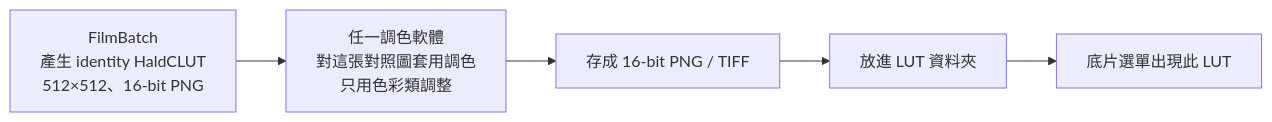
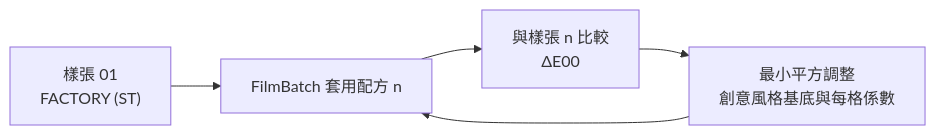
One commit to minexo79/FilmBatch changed diagram 16 of 23 in plan.md. Above: the diagram before and after it, drawn with Mermaid. The commit also changed other lines of this file and 34 other files, not shown here.

````diff
--- a/plan.md
+++ b/plan.md
@@ -1059,6 +1228,5 @@
 ```mermaid
 flowchart LR
-    A["FilmBatch<br/>產生 identity HaldCLUT<br/>512×512、16-bit PNG"] --> B["任一調色軟體<br/>對這張對照圖套用調色<br/>只用色彩類調整"]
-    B --> C["存成 16-bit PNG / TIFF"] --> D["放進 LUT 資料夾"]
-    D --> E["底片選單出現此 LUT"]
+    A["樣張 01<br/>FACTORY (ST)"] --> B["FilmBatch 套用配方 n"] --> C["與樣張 n 比較<br/>ΔE00"]
+    C --> D["最小平方調整<br/>創意風格基底與每格係數"] --> B
 ```
````
